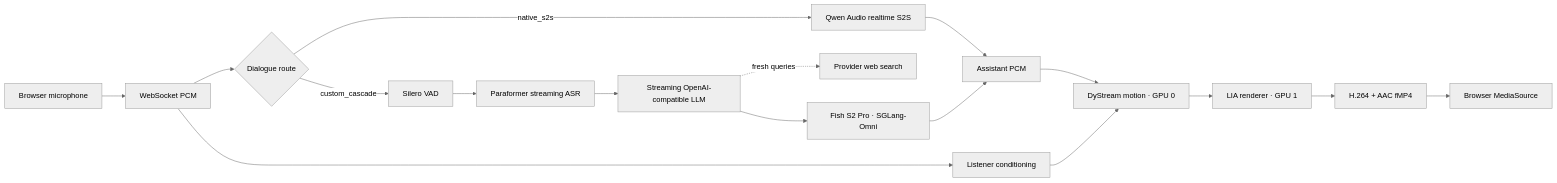
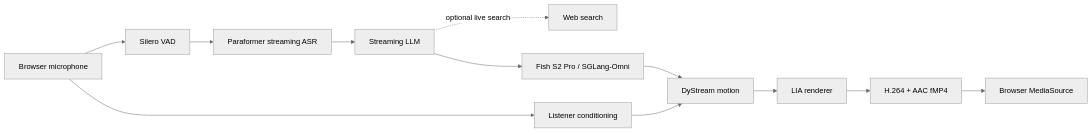
One commit to XinchengSun/OpenVA-Dialogue changed the diagram in README.md. Above: the diagram before and after it, drawn with Mermaid (neutral theme). The commit also changed other lines of this file and 7 other files, not shown here.

````diff
--- a/README.md
+++ b/README.md
@@ -31,21 +94,14 @@
 ```mermaid
 flowchart LR
-    MIC["Browser microphone"] --> WS["WebSocket PCM"]
-    WS --> ROUTE{"Dialogue route"}
-
-    ROUTE -->|native_s2s| S2S["Qwen Audio realtime S2S"]
-    ROUTE -->|custom_cascade| VAD["Silero VAD"]
+    MIC["Browser microphone"] --> VAD["Silero VAD"]
     VAD --> ASR["Paraformer streaming ASR"]
-    ASR --> LLM["Streaming OpenAI-compatible LLM"]
-    LLM -. fresh queries .-> SEARCH["Provider web search"]
-    LLM --> TTS["Fish S2 Pro · SGLang-Omni"]
-
-    S2S --> PCM["Assistant PCM"]
-    TTS --> PCM
-    PCM --> MOTION["DyStream motion · GPU 0"]
-    WS --> LISTENER["Listener conditioning"]
+    ASR --> LLM["Streaming LLM"]
+    LLM -. optional live search .-> SEARCH["Web search"]
+    LLM --> TTS["Fish S2 Pro / SGLang-Omni"]
+    TTS --> MOTION["DyStream motion"]
+    MIC --> LISTENER["Listener conditioning"]
     LISTENER --> MOTION
-    MOTION --> RENDER["LIA renderer · GPU 1"]
-    RENDER --> MUX["H.264 + AAC fMP4"]
-    MUX --> MSE["Browser MediaSource"]
+    MOTION --> RENDER["LIA renderer"]
+    RENDER --> MEDIA["H.264 + AAC fMP4"]
+    MEDIA --> BROWSER["Browser MediaSource"]
 ```
````
